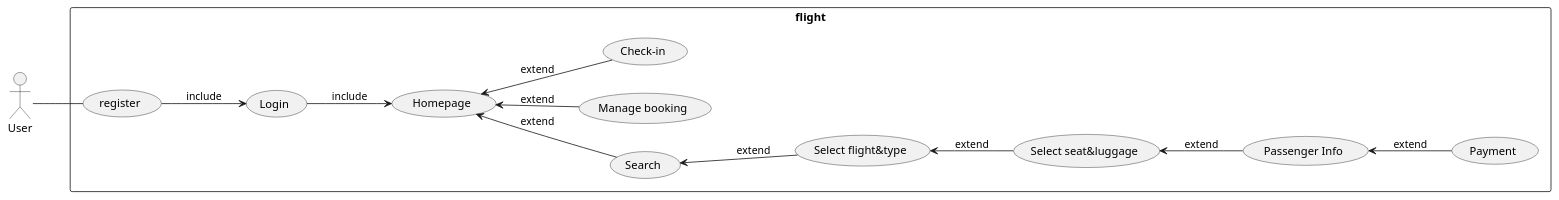
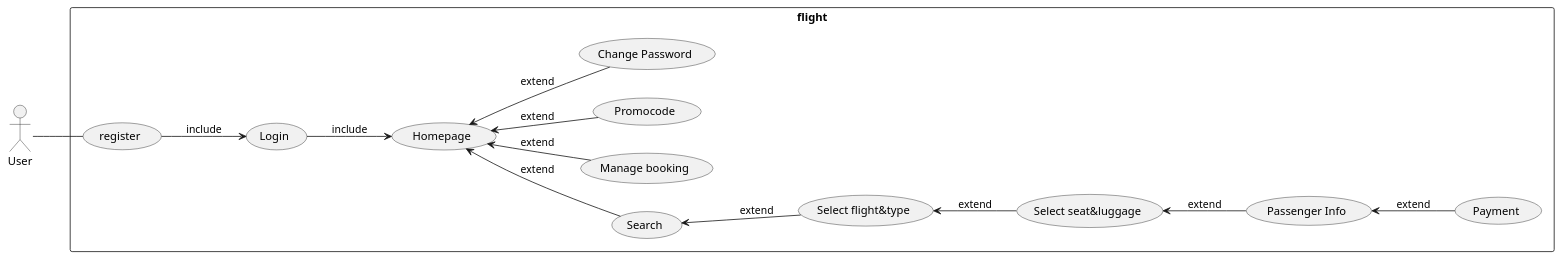
One commit to Nonnnchun/OOP_project changed the diagram in sequenceDiagram/userCaseDiagram.plantuml. Above: the diagram before and after it, drawn with PlantUML. The commit also changed 9 other files, not shown here.

First line of the commit message:
sequence diagram and class code

```diff
--- a/sequenceDiagram/userCaseDiagram.plantuml
+++ b/sequenceDiagram/userCaseDiagram.plantuml
@@ -1,27 +1,29 @@
 @startuml userCaseDiagram
 
 left to right direction
 actor "User" as user
 rectangle flight {
    usecase "Search" as search
    usecase "Manage booking" as managebooking
-   usecase "Check-in" as checkin
+   usecase "Promocode" as promocode
    usecase "Payment" as payment
    usecase "Login" as login
    usecase "register" as register
    usecase "Select seat&luggage" as selectseats
    usecase "Select flight&type" as selectflight
    usecase "Passenger Info"as passengerinfo
    usecase "Homepage"  as homepage
+   usecase "Change Password"  as changepassword
 }
 user -- register 
 register --> login:include
 login --> homepage:include
 search -up-> homepage:extend
 selectflight -up-> search:extend
 selectseats -up-> selectflight:extend
 passengerinfo -up-> selectseats:extend
 payment -up-> passengerinfo:extend
 managebooking -up-> homepage:extend
-checkin -up-> homepage:extend
+promocode -up-> homepage:extend
+changepassword -up-> homepage:extend
 @enduml
```
